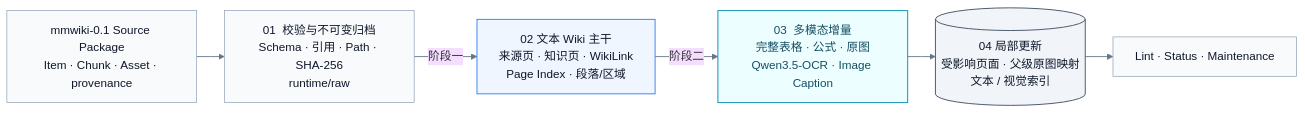
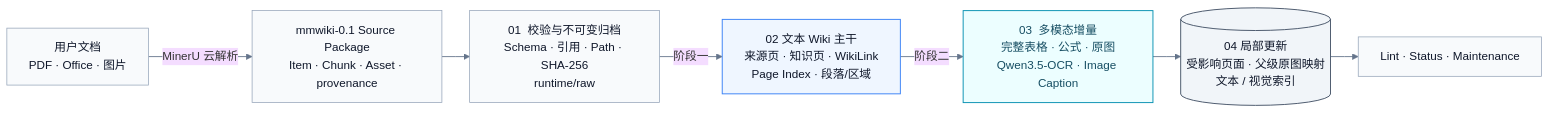
Before and after one commit to yooa722/multimodal-llm-wiki: the third of 3 diagrams in .opencode/skills/multimodal-wiki/README.md, drawn with Mermaid. The commit also changed other lines of this file and 2409 other files, not shown here.

````diff
--- a/.opencode/skills/multimodal-wiki/README.md
+++ b/.opencode/skills/multimodal-wiki/README.md
@@ -126,19 +128,20 @@
 ```mermaid
 %%{init: {"theme":"base","flowchart":{"curve":"linear","nodeSpacing":32,"rankSpacing":38},"themeVariables":{"fontFamily":"Inter, -apple-system, BlinkMacSystemFont, Segoe UI, sans-serif"}}}%%
 flowchart LR
-    A["mmwiki-0.1 Source Package<br/>Item · Chunk · Asset · provenance"] --> B["01  校验与不可变归档<br/>Schema · 引用 · Path · SHA-256<br/>runtime/raw"]
+    M["用户文档<br/>PDF · Office · 图片"] -->|"MinerU 云解析"| A["mmwiki-0.1 Source Package<br/>Item · Chunk · Asset · provenance"]
+    A --> B["01  校验与不可变归档<br/>Schema · 引用 · Path · SHA-256<br/>runtime/raw"]
     B -->|"阶段一"| C["02  文本 Wiki 主干<br/>来源页 · 知识页 · WikiLink<br/>Page Index · 段落/区域"]
     C -->|"阶段二"| D["03  多模态增量<br/>完整表格 · 公式 · 原图<br/>Qwen3.5-OCR · Image Caption"]
     D --> E[("04  局部更新<br/>受影响页面 · 父级原图映射<br/>文本 / 视觉索引")]
     E --> F["Lint · Status · Maintenance"]
 
-    class A,B,F neutral
+    class M,A,B,F neutral
     class C core
     class D multimodal
     class E storage
     classDef neutral fill:#F8FAFC,stroke:#94A3B8,color:#0F172A,stroke-width:1px
     classDef core fill:#EFF6FF,stroke:#3B82F6,color:#0F172A,stroke-width:1.3px
     classDef multimodal fill:#ECFEFF,stroke:#0891B2,color:#164E63,stroke-width:1.3px
     classDef storage fill:#F1F5F9,stroke:#475569,color:#0F172A,stroke-width:1.3px
     linkStyle default stroke:#64748B,stroke-width:1.2px
 ```
````
